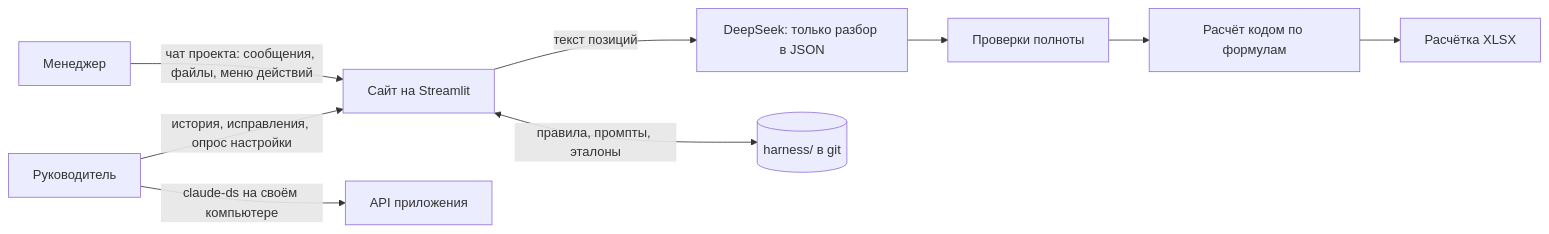
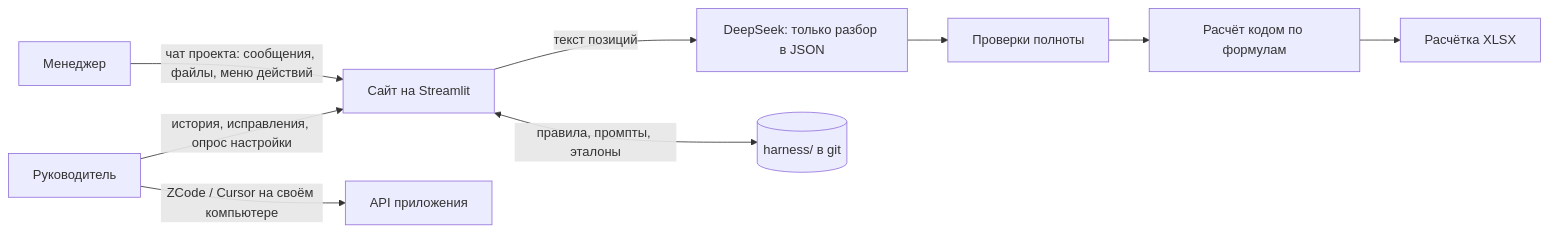
Before and after one commit to exmuzzy/ameri: the first of 2 diagrams in README.md, drawn with Mermaid. The commit also changed other lines of this file and 3 other files, not shown here.

First line of the commit message:
Leader works in ZCode or Cursor; claude-ds is the developers' tool

````diff
--- a/README.md
+++ b/README.md
@@ -9,11 +9,11 @@
 ```mermaid
 flowchart LR
     M[Менеджер] -->|чат проекта: сообщения, файлы, меню действий| APP[Сайт на Streamlit]
     APP -->|текст позиций| DS[DeepSeek: только разбор в JSON]
     DS --> CHK[Проверки полноты]
     CHK --> CALC[Расчёт кодом по формулам]
     CALC --> XLSX[Расчётка XLSX]
     R[Руководитель] -->|история, исправления, опрос настройки| APP
-    R -->|claude-ds на своём компьютере| API[API приложения]
+    R -->|ZCode / Cursor на своём компьютере| API[API приложения]
     APP <-->|правила, промпты, эталоны| H[(harness/ в git)]
 ```
````
